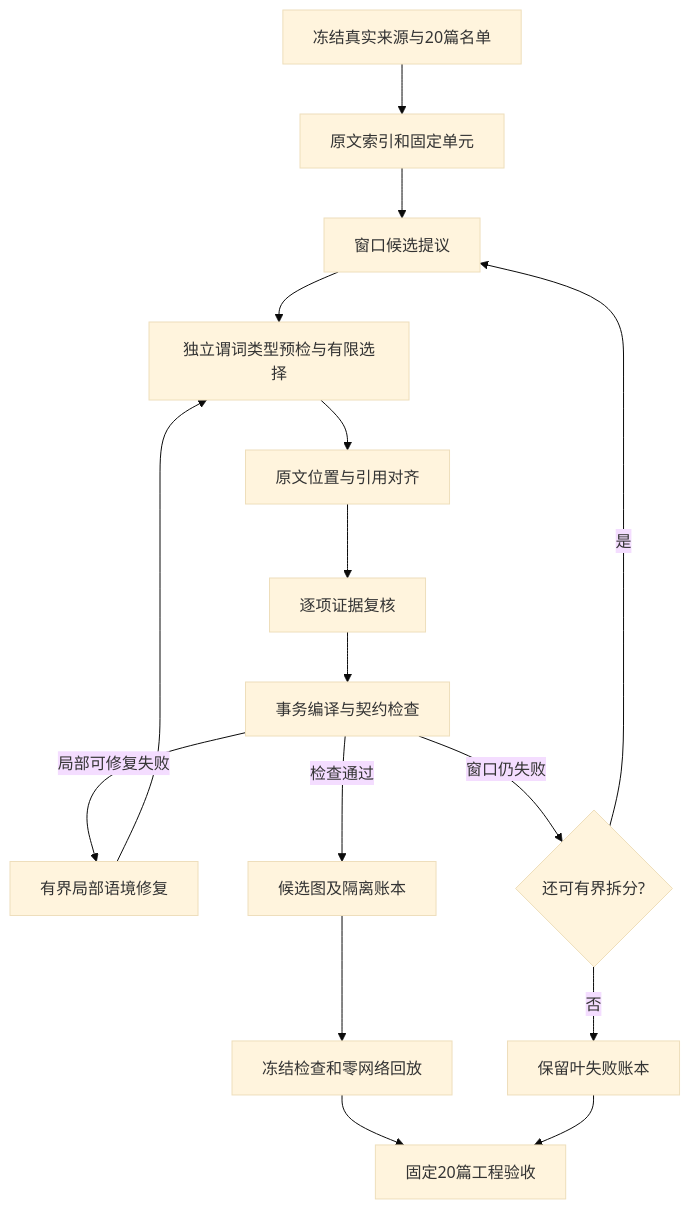
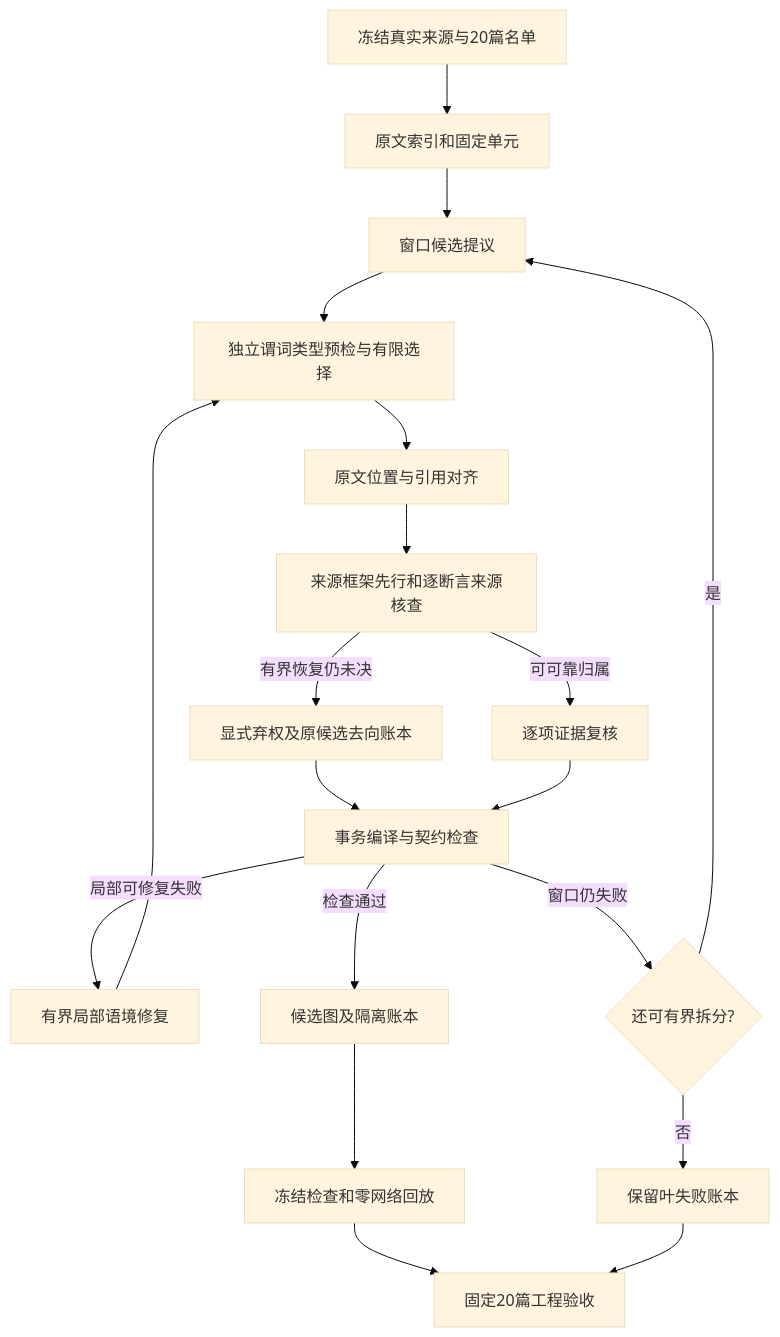
The diagram in docs/workflow-repair-lessons.md (no15438/judicial-ontology-kg), drawn with Mermaid (base theme) before and after one commit. The commit also changed other lines of this file and 13 other files, not shown here.

````diff
--- a/docs/workflow-repair-lessons.md
+++ b/docs/workflow-repair-lessons.md
@@ -22,18 +22,21 @@
 ```mermaid
 flowchart TD
     A[冻结真实来源与20篇名单] --> B[原文索引和固定单元]
     B --> C[窗口候选提议]
     C --> D[独立谓词类型预检与有限选择]
     D --> E[原文位置与引用对齐]
-    E --> F[逐项证据复核]
+    E --> S[来源框架先行和逐断言来源核查]
+    S -->|可可靠归属| F[逐项证据复核]
+    S -->|有界恢复仍未决| U[显式弃权及原候选去向账本]
+    U --> G
     F --> G[事务编译与契约检查]
     G -->|局部可修复失败| H[有界局部语境修复]
     H --> D
     G -->|窗口仍失败| I{还可有界拆分?}
     I -->|是| C
     I -->|否| M[保留叶失败账本]
     G -->|检查通过| J[候选图及隔离账本]
     J --> K[冻结检查和零网络回放]
     K --> L[固定20篇工程验收]
     M --> L
 ```
````
